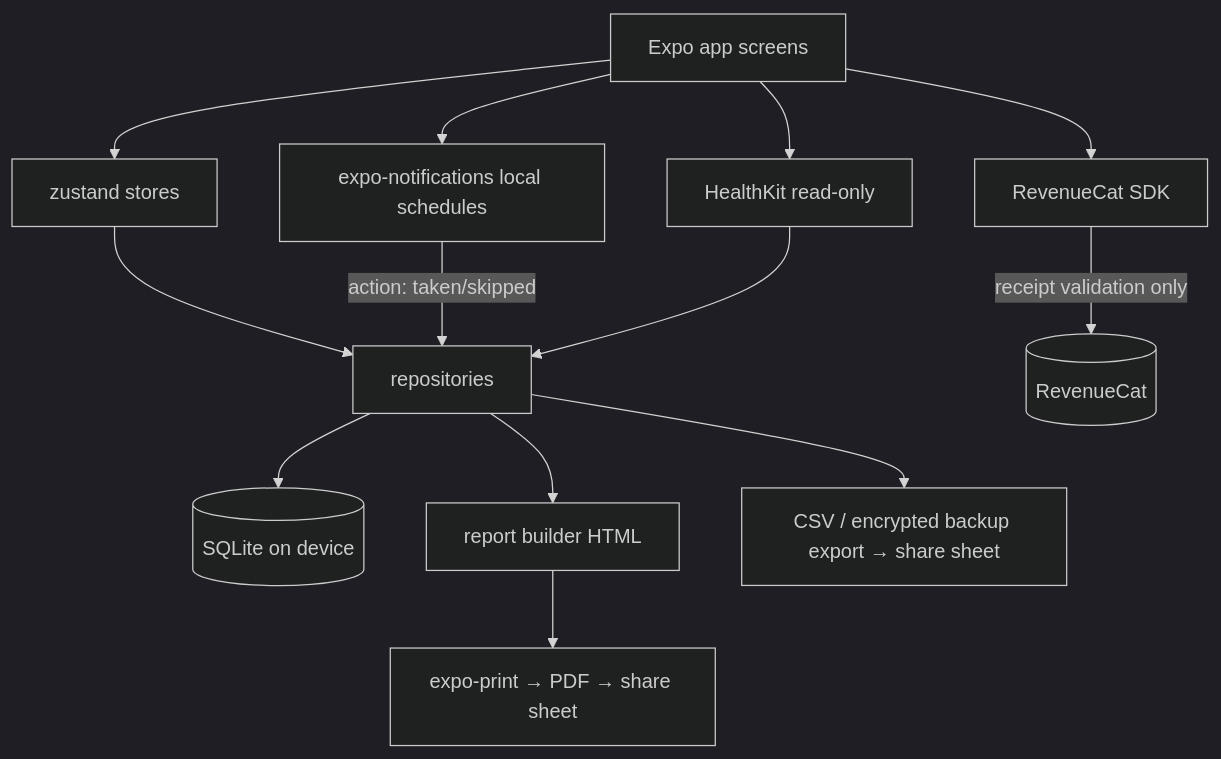
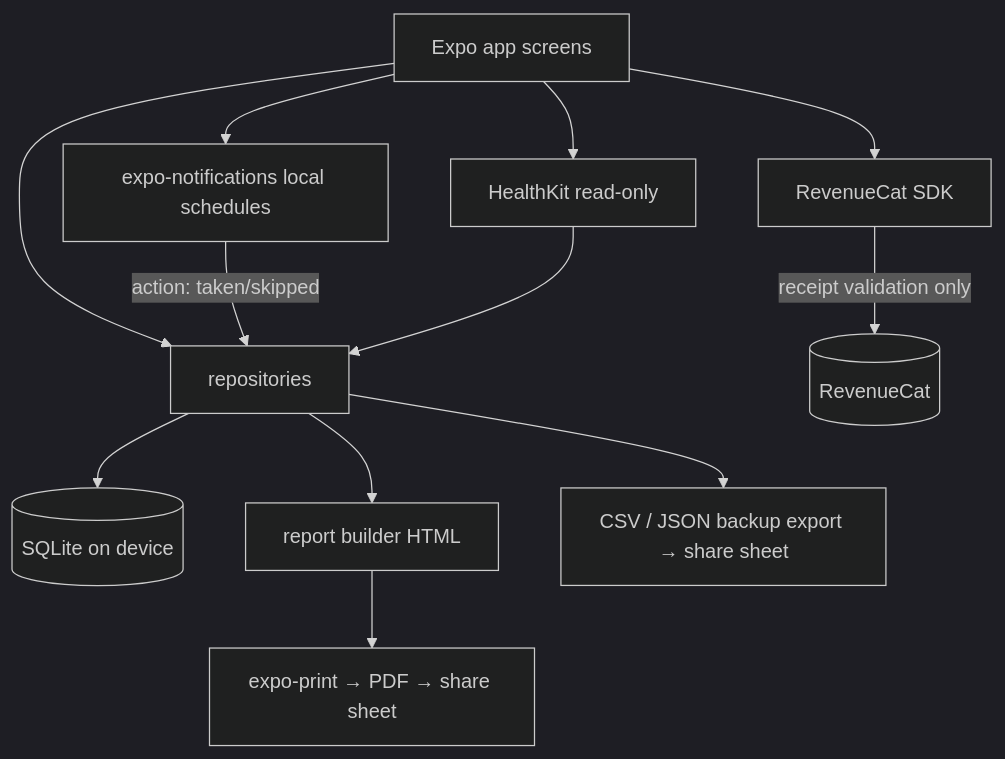
Before and after one commit to kyl3kan3/Projects-: the diagram in apps/51-menocompass/ARCHITECTURE.md, drawn with Mermaid (dark theme). The commit also changed other lines of this file and 21 other files, not shown here.

````diff
--- a/apps/51-menocompass/ARCHITECTURE.md
+++ b/apps/51-menocompass/ARCHITECTURE.md
@@ -22,13 +22,12 @@
 ```mermaid
 graph TD
-  UI[Expo app screens] --> ST[zustand stores]
-  ST --> RE[repositories]
+  UI[Expo app screens] --> RE[repositories]
   RE --> DB[(SQLite on device)]
   UI --> NO[expo-notifications local schedules]
   NO -->|action: taken/skipped| RE
   UI --> RC[RevenueCat SDK]
   RC -->|receipt validation only| RCS[(RevenueCat)]
   UI --> HK[HealthKit read-only] --> RE
   RE --> RP[report builder HTML] --> PDF[expo-print → PDF → share sheet]
-  RE --> EX[CSV / encrypted backup export → share sheet]
+  RE --> EX[CSV / JSON backup export → share sheet]
 ```
````
